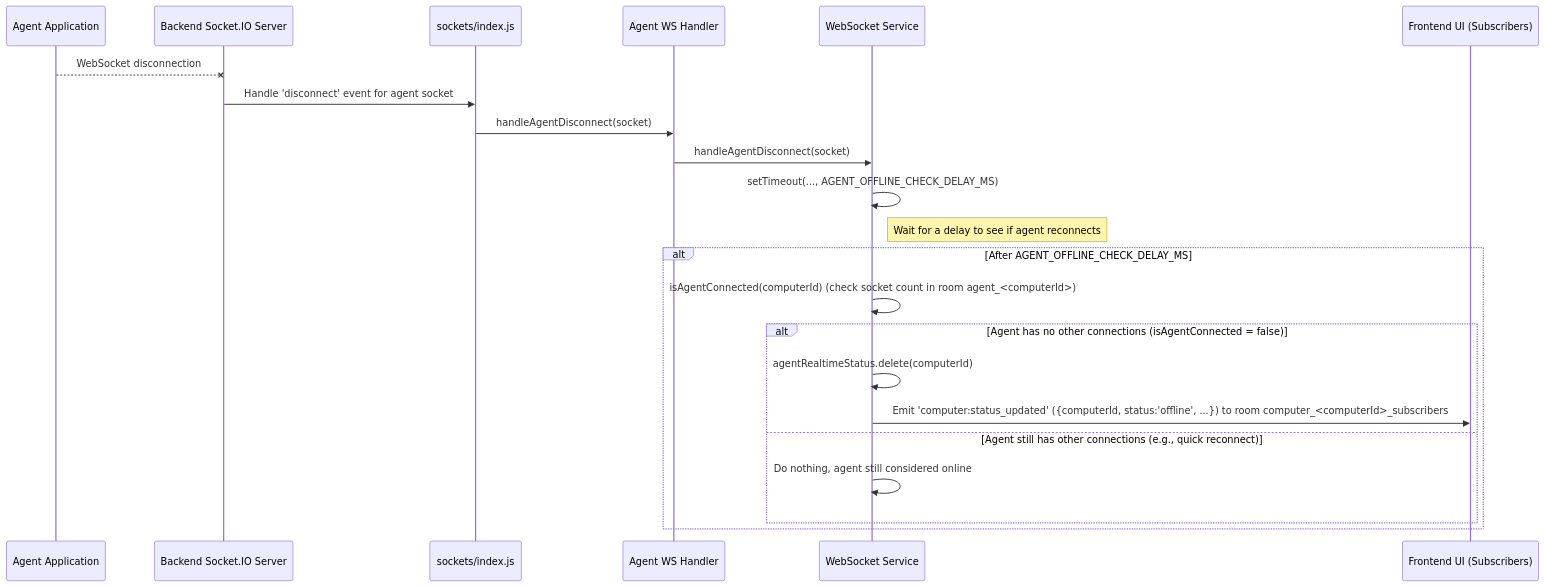
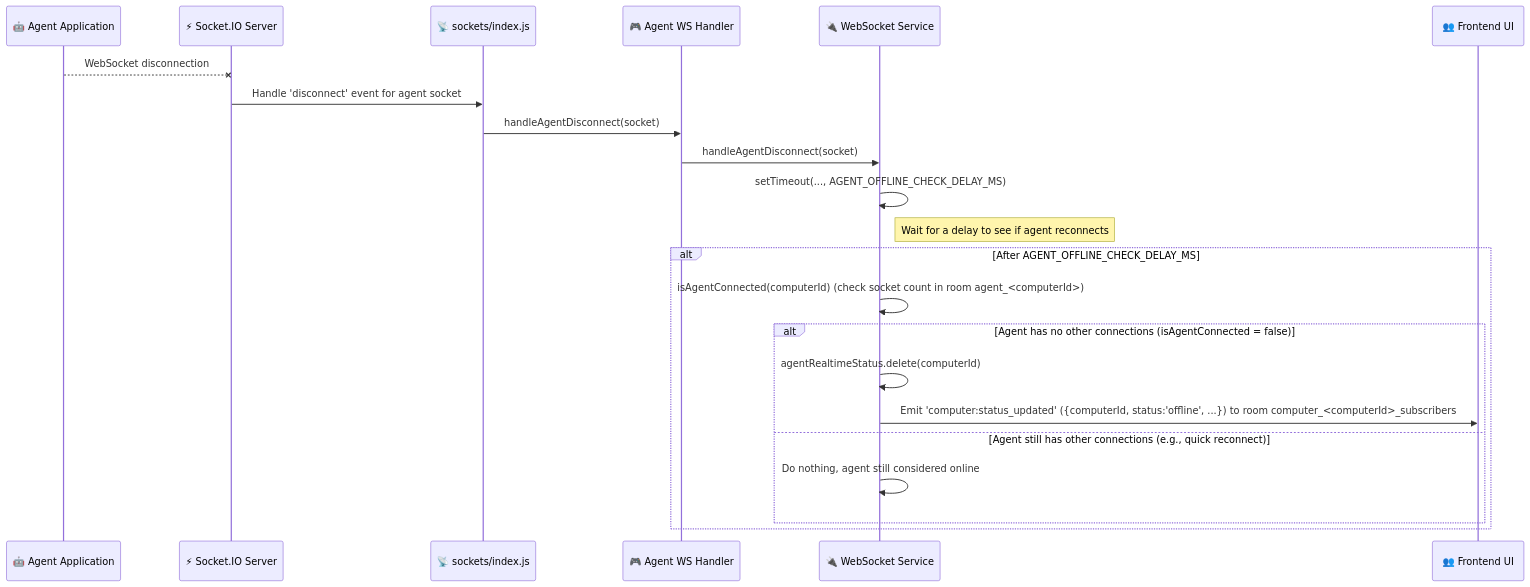
Before and after one commit to LoGGGG2402/computer-management-system: diagram 11 of 16 in backend/docs/flow.md, drawn with Mermaid. The commit also changed other lines of this file and 60 other files, not shown here.

````diff
--- a/backend/docs/flow.md
+++ b/backend/docs/flow.md
@@ -460,26 +379,26 @@
 ```mermaid
 sequenceDiagram
-    participant AgentApp as Agent Application
-    participant BE_SocketIO as Backend Socket.IO Server
-    participant SocketIndex as sockets/index.js
-    participant AgentHandler as Agent WS Handler
-    participant WebSocketService as WebSocket Service
-    participant FE_Subscribers as Frontend UI (Subscribers)
+    participant AgentApp as 🤖 Agent Application
+    participant BE_SocketIO as ⚡ Socket.IO Server
+    participant SocketIndex as 📡 sockets/index.js
+    participant AgentHandler as 🎮 Agent WS Handler
+    participant WebSocketService as 🔌 WebSocket Service
+    participant FE_Subscribers as 👥 Frontend UI
 
     AgentApp--xBE_SocketIO: WebSocket disconnection
     BE_SocketIO->>SocketIndex: Handle 'disconnect' event for agent socket
     SocketIndex->>AgentHandler: handleAgentDisconnect(socket)
     AgentHandler->>WebSocketService: handleAgentDisconnect(socket)
     WebSocketService->>WebSocketService: setTimeout(..., AGENT_OFFLINE_CHECK_DELAY_MS)
     note right of WebSocketService: Wait for a delay to see if agent reconnects
-    
+
     alt After AGENT_OFFLINE_CHECK_DELAY_MS
         WebSocketService->>WebSocketService: isAgentConnected(computerId) (check socket count in room agent_<computerId>)
         alt Agent has no other connections (isAgentConnected = false)
             WebSocketService->>WebSocketService: agentRealtimeStatus.delete(computerId)
             WebSocketService->>FE_Subscribers: Emit 'computer:status_updated' ({computerId, status:'offline', ...}) to room computer_<computerId>_subscribers
         else Agent still has other connections (e.g., quick reconnect)
             WebSocketService->>WebSocketService: Do nothing, agent still considered online
         end
     end
 ```
````
